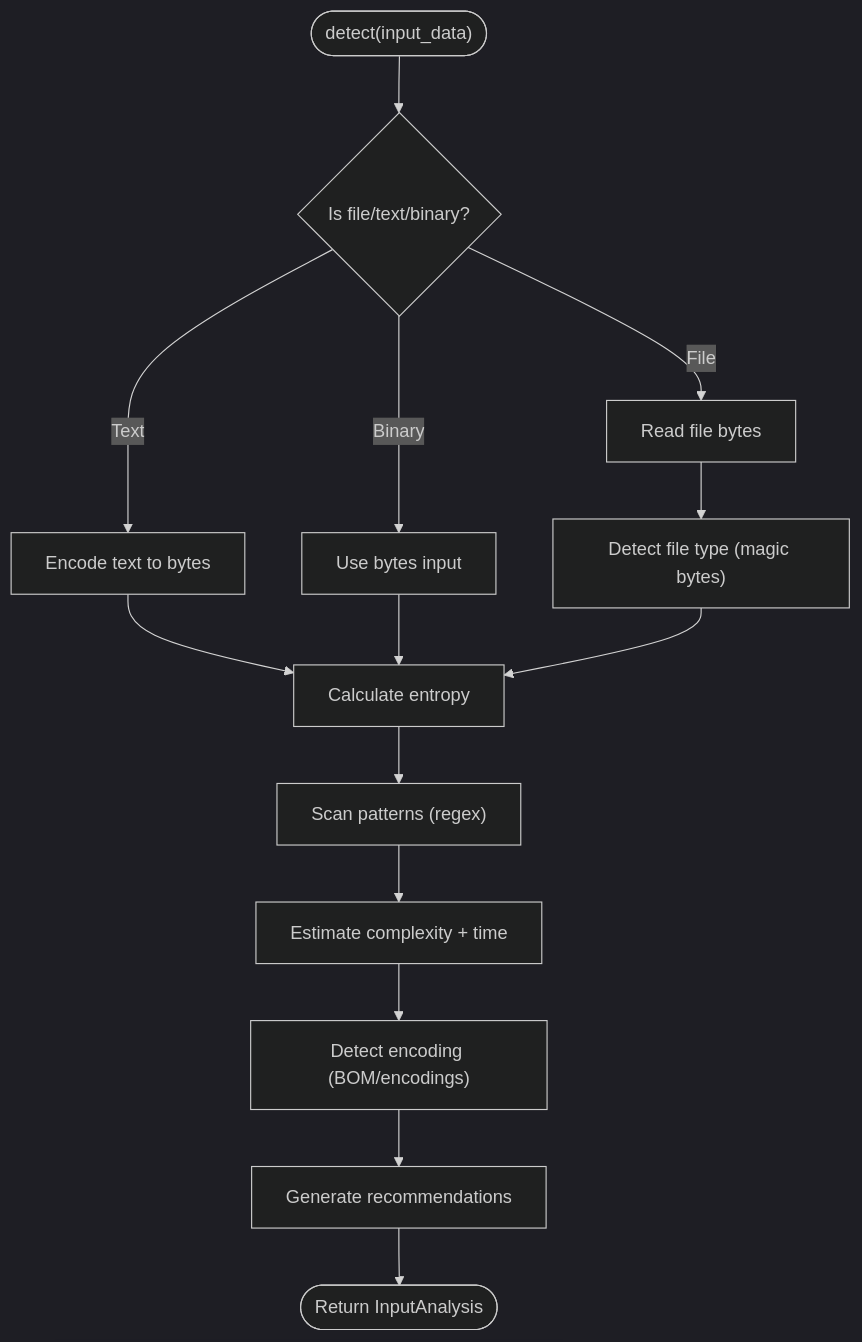
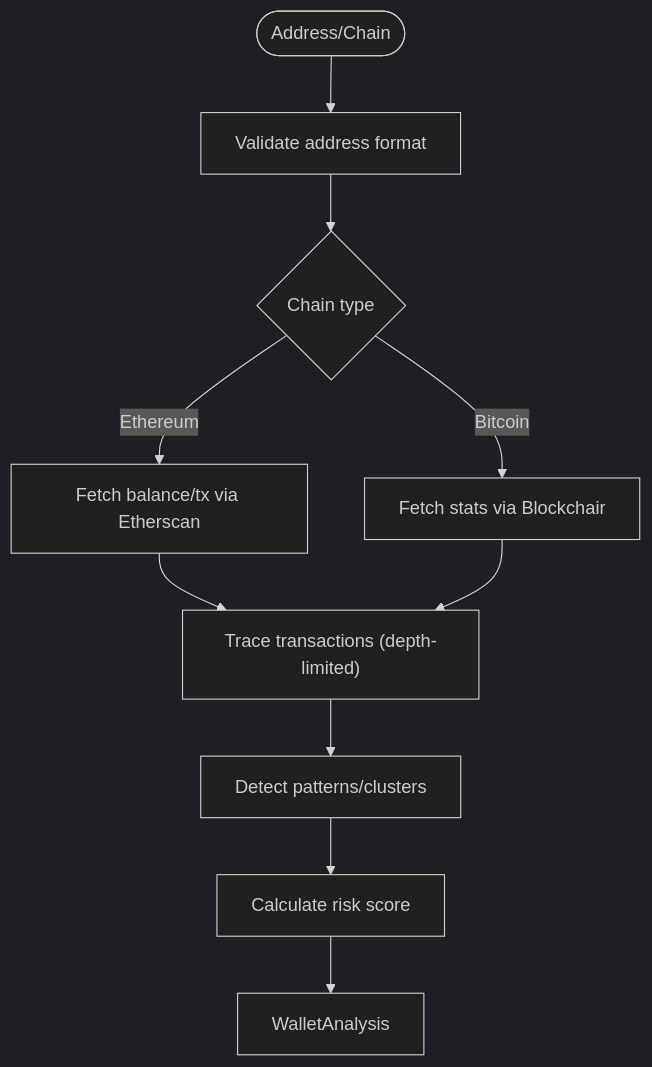
Diagram 11 of 12 in .qoder/repowiki/en/content/Intelligence Modules/Intelligence Modules.md (Hamulda/hledac-universal), drawn with Mermaid (dark theme) before and after one commit. The commit also changed other lines of this file and 236 other files, not shown here.

````diff
--- a/.qoder/repowiki/en/content/Intelligence Modules/Intelligence Modules.md
+++ b/.qoder/repowiki/en/content/Intelligence Modules/Intelligence Modules.md
@@ -390,16 +487,12 @@
 ```mermaid
 flowchart TD
-Start(["detect(input_data)"]) --> TypeCheck{"Is file/text/binary?"}
-TypeCheck --> |File| ReadFile["Read file bytes"]
-TypeCheck --> |Text| ToBytes["Encode text to bytes"]
-TypeCheck --> |Binary| BytesIn["Use bytes input"]
-ReadFile --> FileType["Detect file type (magic bytes)"]
-ToBytes --> Entropy["Calculate entropy"]
-BytesIn --> Entropy
-FileType --> Entropy
-Entropy --> Patterns["Scan patterns (regex)"]
-Patterns --> Complexity["Estimate complexity + time"]
-Complexity --> Encoding["Detect encoding (BOM/encodings)"]
-Encoding --> Recommendations["Generate recommendations"]
-Recommendations --> Return(["Return InputAnalysis"])
+Start(["Address/Chain"]) --> Valid["Validate address format"]
+Valid --> Chain{"Chain type"}
+Chain --> |Ethereum| Eth["Fetch balance/tx via Etherscan"]
+Chain --> |Bitcoin| Btc["Fetch stats via Blockchair"]
+Eth --> Trace["Trace transactions (depth-limited)"]
+Btc --> Trace
+Trace --> Patterns["Detect patterns/clusters"]
+Patterns --> Risk["Calculate risk score"]
+Risk --> Out["WalletAnalysis"]
 ```
````
